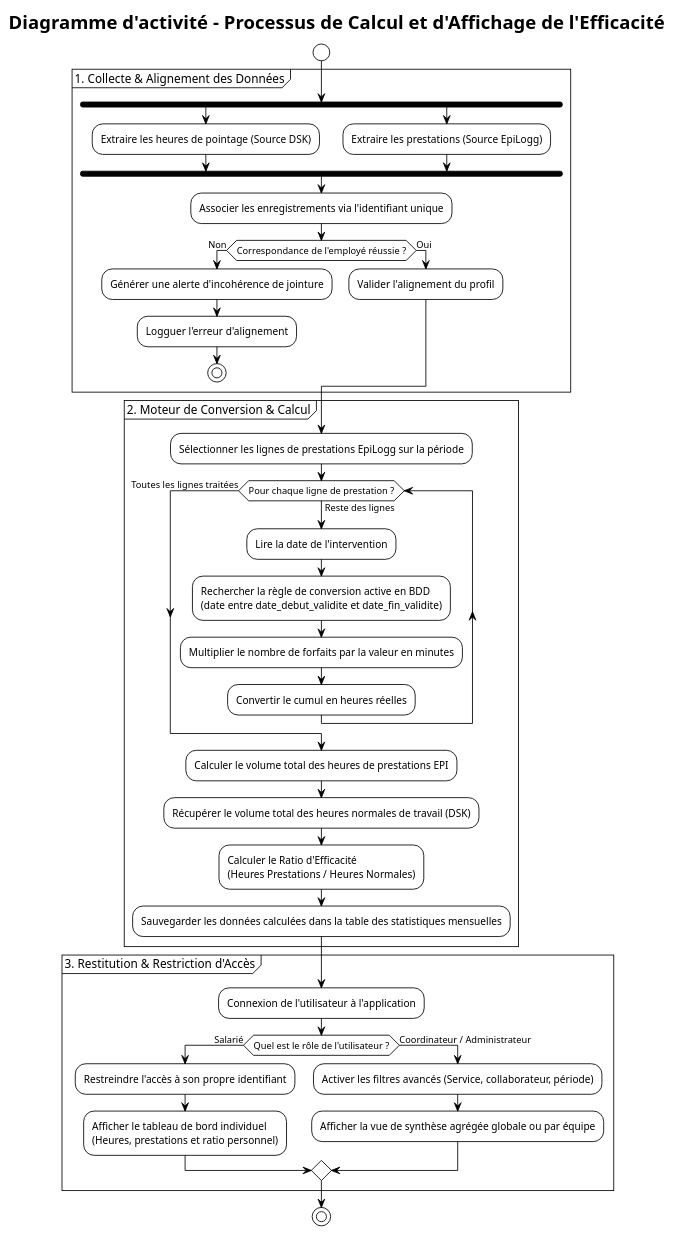
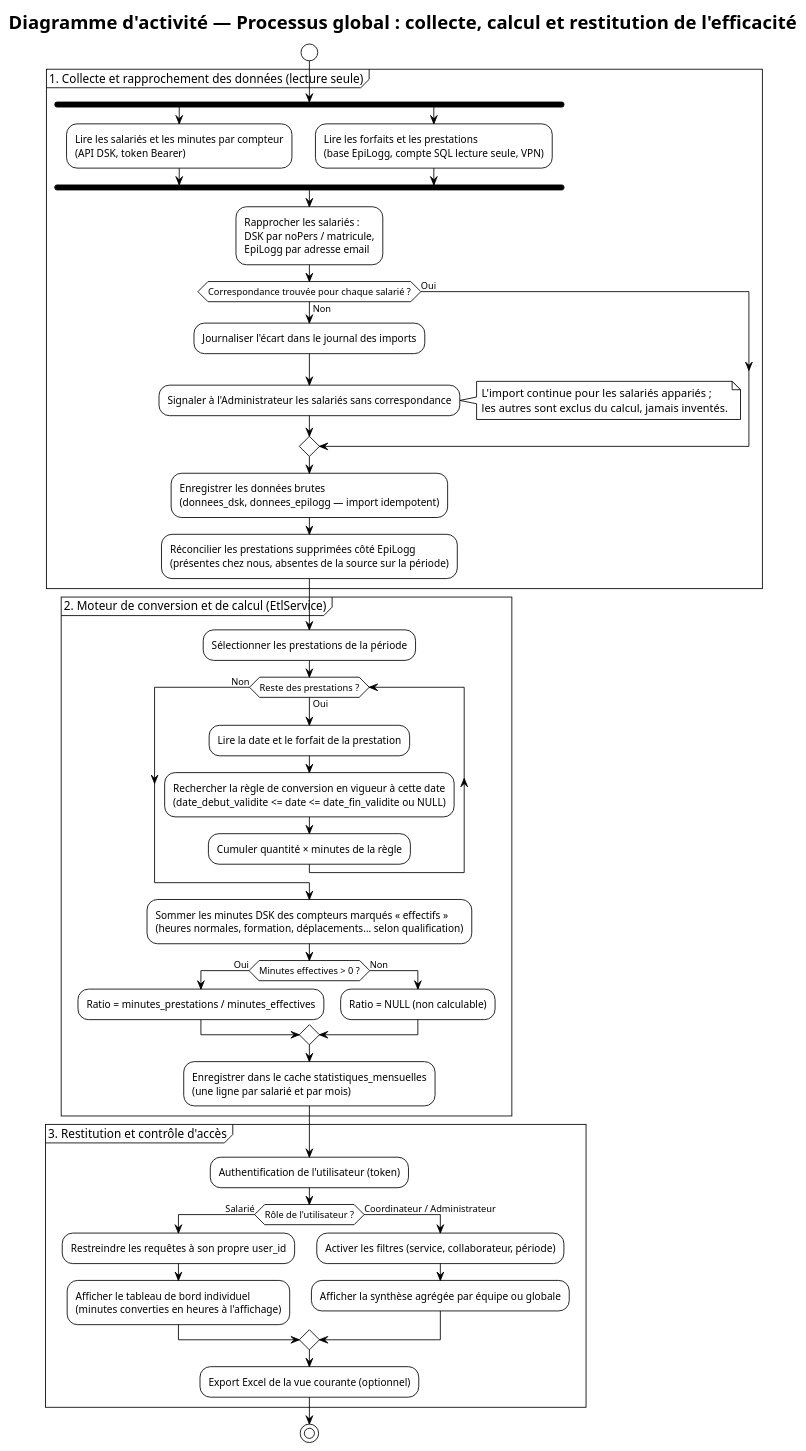
One commit to midjix/plantuml changed the diagram in diagrammes d'activité/diagramme_d'activité.md. Above: the diagram before and after it, drawn with PlantUML. The commit also changed 12 other files, not shown here.

First line of the commit message:
docs(uml): align diagrams with validated business rules and source access

````diff
--- a/diagrammes d'activité/diagramme_d'activité.md
+++ b/diagrammes d'activité/diagramme_d'activité.md
@@ -1,57 +1,67 @@
 ```plantuml
 @startuml
 !theme plain
-title Diagramme d'activité - Processus de Calcul et d'Affichage de l'Efficacité
+title Diagramme d'activité — Processus global : collecte, calcul et restitution de l'efficacité
 
 start
 
-partition "1. Collecte & Alignement des Données" {
+partition "1. Collecte et rapprochement des données (lecture seule)" {
     fork
-        :Extraire les heures de pointage (Source DSK);
+        :Lire les salariés et les minutes par compteur\n(API DSK, token Bearer);
     fork again
-        :Extraire les prestations (Source EpiLogg);
+        :Lire les forfaits et les prestations\n(base EpiLogg, compte SQL lecture seule, VPN);
     end fork
 
-    :Associer les enregistrements via l'identifiant unique;
-    
-    if (Correspondance de l'employé réussie ?) then (Non)
-        :Générer une alerte d'incohérence de jointure;
-        :Logguer l'erreur d'alignement;
-        stop
+    :Rapprocher les salariés :\nDSK par noPers / matricule,\nEpiLogg par adresse email;
+
+    if (Correspondance trouvée pour chaque salarié ?) then (Non)
+        :Journaliser l'écart dans le journal des imports;
+        :Signaler à l'Administrateur les salariés sans correspondance;
+        note right
+          L'import continue pour les salariés appariés ;
+          les autres sont exclus du calcul, jamais inventés.
+        end note
     else (Oui)
-        :Valider l'alignement du profil;
     endif
+
+    :Enregistrer les données brutes\n(donnees_dsk, donnees_epilogg — import idempotent);
+    :Réconcilier les prestations supprimées côté EpiLogg\n(présentes chez nous, absentes de la source sur la période);
 }
 
-partition "2. Moteur de Conversion & Calcul" {
-    :Sélectionner les lignes de prestations EpiLogg sur la période;
-    
-    while (Pour chaque ligne de prestation ?) is (Reste des lignes)
-        :Lire la date de l'intervention;
-        :Rechercher la règle de conversion active en BDD\n(date entre date_debut_validite et date_fin_validite);
-        :Multiplier le nombre de forfaits par la valeur en minutes;
-        :Convertir le cumul en heures réelles;
-    endwhile (Toutes les lignes traitées)
+partition "2. Moteur de conversion et de calcul (EtlService)" {
+    :Sélectionner les prestations de la période;
 
-    :Calculer le volume total des heures de prestations EPI;
-    :Récupérer le volume total des heures normales de travail (DSK);
-    
-    :Calculer le Ratio d'Efficacité\n(Heures Prestations / Heures Normales);
-    :Sauvegarder les données calculées dans la table des statistiques mensuelles;
+    while (Reste des prestations ?) is (Oui)
+        :Lire la date et le forfait de la prestation;
+        :Rechercher la règle de conversion en vigueur à cette date\n(date_debut_validite <= date <= date_fin_validite ou NULL);
+        :Cumuler quantité × minutes de la règle;
+    endwhile (Non)
+
+    :Sommer les minutes DSK des compteurs marqués « effectifs »\n(heures normales, formation, déplacements… selon qualification);
+
+    if (Minutes effectives > 0 ?) then (Oui)
+        :Ratio = minutes_prestations / minutes_effectives;
+    else (Non)
+        :Ratio = NULL (non calculable);
+    endif
+
+    :Enregistrer dans le cache statistiques_mensuelles\n(une ligne par salarié et par mois);
 }
 
-partition "3. Restitution & Restriction d'Accès" {
-    :Connexion de l'utilisateur à l'application;
-    
-    if (Quel est le rôle de l'utilisateur ?) then (Salarié)
-        :Restreindre l'accès à son propre identifiant;
-        :Afficher le tableau de bord individuel\n(Heures, prestations et ratio personnel);
+partition "3. Restitution et contrôle d'accès" {
+    :Authentification de l'utilisateur (token);
+
+    if (Rôle de l'utilisateur ?) then (Salarié)
+        :Restreindre les requêtes à son propre user_id;
+        :Afficher le tableau de bord individuel\n(minutes converties en heures à l'affichage);
     else (Coordinateur / Administrateur)
-        :Activer les filtres avancés (Service, collaborateur, période);
-        :Afficher la vue de synthèse agrégée globale ou par équipe;
+        :Activer les filtres (service, collaborateur, période);
+        :Afficher la synthèse agrégée par équipe ou globale;
     endif
+
+    :Export Excel de la vue courante (optionnel);
 }
 
 stop
 @enduml
 ```
````
